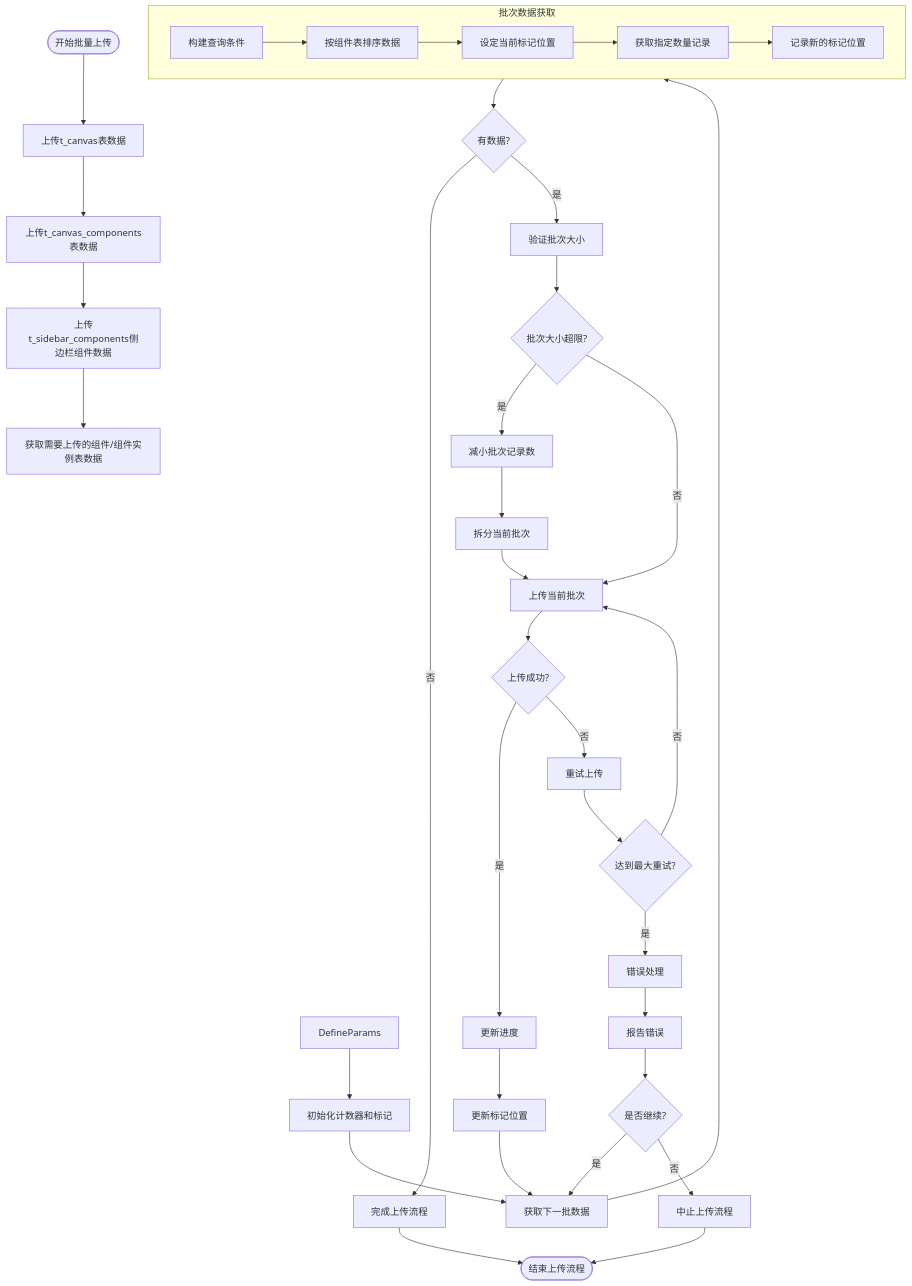
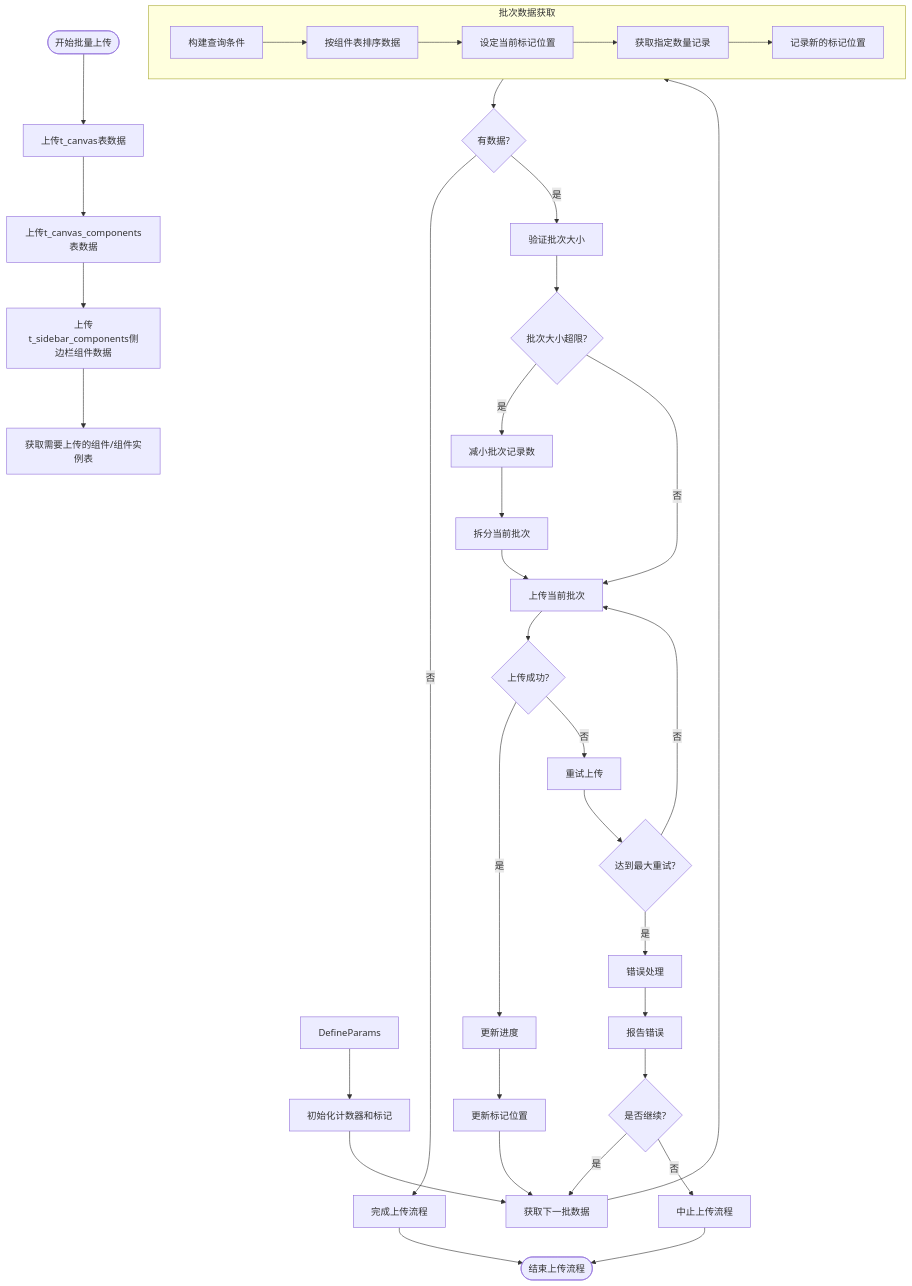
One commit to yingjianzh/iodraw-files changed the diagram in all/未命名-51.md. Above: the diagram before and after it, drawn with Mermaid.

Commit message:
2025-05-08 17:25:23 update

````diff
--- a/all/未命名-51.md
+++ b/all/未命名-51.md
@@ -1,50 +1,51 @@
 ```mermaid
 flowchart TD
     Start([开始批量上传]) --> UploadSpaceData[上传t_canvas表数据]
     UploadSpaceData --> UploadComponentListData[上传t_canvas_components表数据]
     UploadComponentListData --> UploadSiderComponent[上传t_sidebar_components侧边栏组件数据]
     
-    UploadSiderComponent --> UploadData[获取需要上传的组件/组件实例表数据]
+    UploadSiderComponent --> UploadData[获取需要上传的组件/组件实例表]
+    
     DefineParams --> InitCounters[初始化计数器和标记]
     
     InitCounters --> FetchNextBatch[获取下一批数据]
     
     subgraph BatchFetch [批次数据获取]
         A[构建查询条件] --> B[按组件表排序数据]
         B --> C[设定当前标记位置]
         C --> D[获取指定数量记录]
         D --> E[记录新的标记位置]
     end
     
     FetchNextBatch --> BatchFetch
     
     BatchFetch --> CheckResults{有数据?}
     CheckResults -->|否| CompleteUpload[完成上传流程]
     CheckResults -->|是| ValidateBatch[验证批次大小]
     
     ValidateBatch --> SizeTooLarge{批次大小超限?}
     SizeTooLarge -->|是| AdjustBatchSize[减小批次记录数]
     SizeTooLarge -->|否| UploadBatch[上传当前批次]
     
     AdjustBatchSize --> SplitBatch[拆分当前批次]
     SplitBatch --> UploadBatch
     
     UploadBatch --> UploadSuccess{上传成功?}
     UploadSuccess -->|是| UpdateProgress[更新进度]
     UploadSuccess -->|否| RetryUpload[重试上传]
     
     RetryUpload --> MaxRetries{达到最大重试?}
     MaxRetries -->|否| UploadBatch
     MaxRetries -->|是| ErrorHandling[错误处理]
     
     ErrorHandling --> ReportError[报告错误]
     ReportError --> ContinueOption{是否继续?}
     ContinueOption -->|是| FetchNextBatch
     ContinueOption -->|否| AbortProcess[中止上传流程]
     
     UpdateProgress --> UpdateMarker[更新标记位置]
     UpdateMarker --> FetchNextBatch
     
     CompleteUpload --> End([结束上传流程])
     AbortProcess --> End
 ```
````
